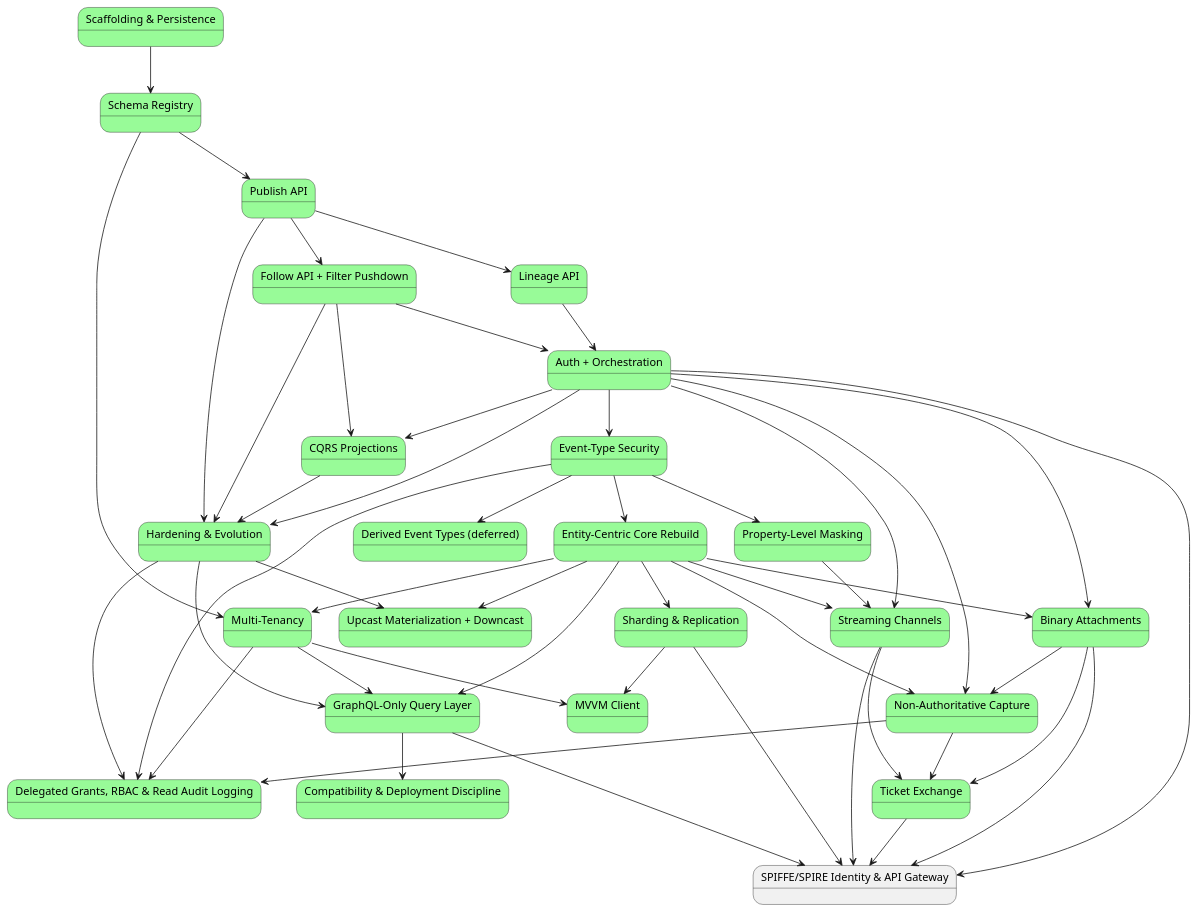
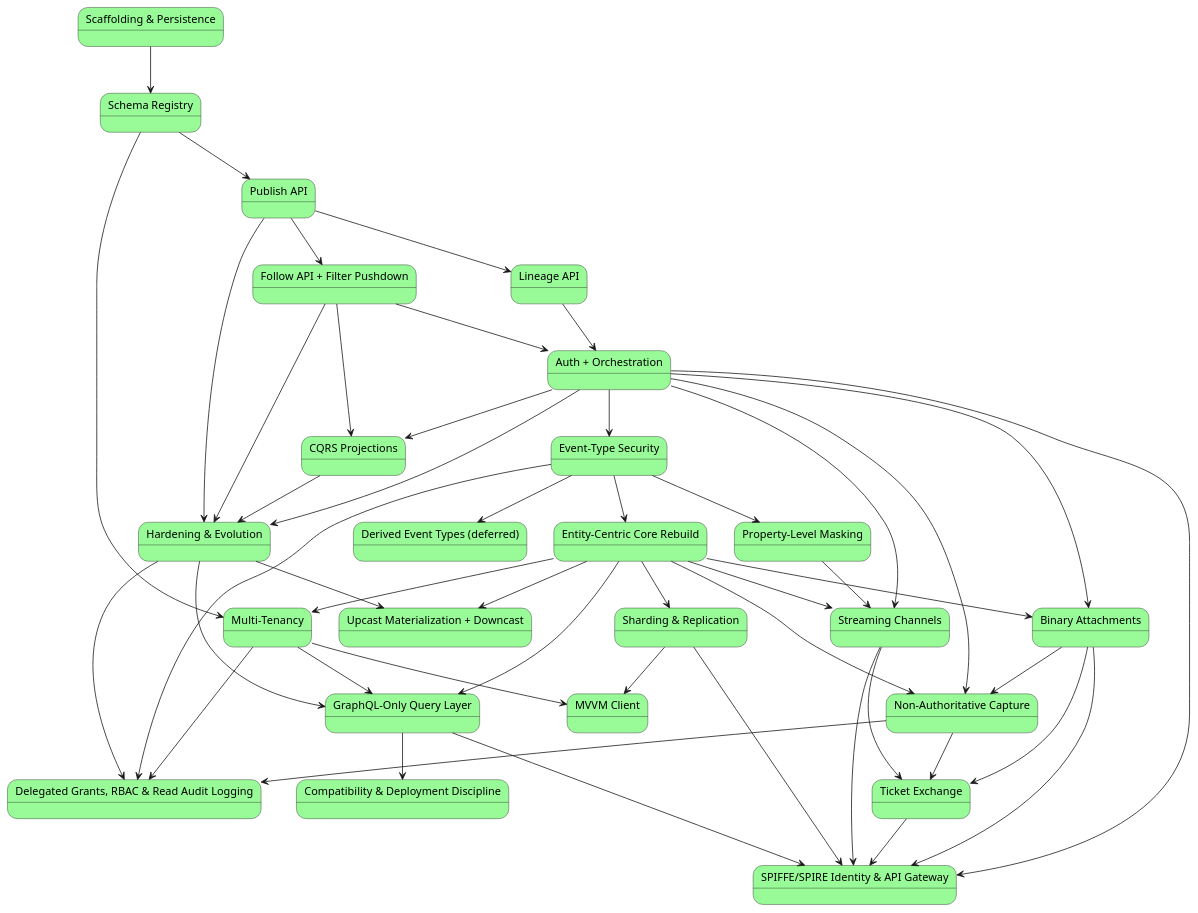
Before and after one commit to Mwwhited-BookLearning/EventSourcing: the first of 2 diagrams in docs/08-build-plan.md, drawn with PlantUML. The commit also changed other lines of this file and 25 other files, not shown here.

First line of the commit message:
Build SPIFFE/SPIRE Service Identity & API Gateway (build-plan item 24)

````diff
--- a/docs/08-build-plan.md
+++ b/docs/08-build-plan.md
@@ -156,77 +156,77 @@
 ```plantuml
 @startuml BuildPlan_CorePhases
 state "Scaffolding & Persistence" as p0 #palegreen
 state "Schema Registry" as p1 #palegreen
 state "Publish API" as p2 #palegreen
 state "Lineage API" as p3 #palegreen
 state "Follow API + Filter Pushdown" as p4 #palegreen
 state "Auth + Orchestration" as p5 #palegreen
 state "Event-Type Security" as p6 #palegreen
 state "Derived Event Types (deferred)" as p7 #palegreen
 state "Property-Level Masking" as p8 #palegreen
 state "CQRS Projections" as p9 #palegreen
 state "Hardening & Evolution" as p10 #palegreen
 state "Entity-Centric Core Rebuild" as p11 #palegreen
 state "Multi-Tenancy" as p12 #palegreen
 state "Upcast Materialization + Downcast" as p13 #palegreen
 state "Streaming Channels" as p14 #palegreen
 state "Binary Attachments" as p15 #palegreen
 state "Sharding & Replication" as p16 #palegreen
 state "Non-Authoritative Capture" as p17 #palegreen
 state "GraphQL-Only Query Layer" as p18 #palegreen
 state "Compatibility & Deployment Discipline" as p19 #palegreen
 state "MVVM Client" as p20 #palegreen
 state "Ticket Exchange" as p21 #palegreen
 state "Delegated Grants, RBAC & Read Audit Logging" as p22 #palegreen
-state "SPIFFE/SPIRE Identity & API Gateway" as p23
+state "SPIFFE/SPIRE Identity & API Gateway" as p23 #palegreen
 
 p0 --> p1
 p1 --> p2
 p2 --> p3
 p2 --> p4
 p3 --> p5
 p4 --> p5
 p5 --> p6
 p6 --> p7
 p6 --> p8
 p4 --> p9
 p5 --> p9
 p5 --> p10
 p2 --> p10
 p4 --> p10
 p9 --> p10
 p6 --> p11
 p1 --> p12
 p11 --> p12
 p10 --> p13
 p11 --> p13
 p5 --> p14
 p11 --> p14
 p8 --> p14
 p5 --> p15
 p11 --> p15
 p11 --> p16
 p11 --> p17
 p5 --> p17
 p15 --> p17
 p11 --> p18
 p12 --> p18
 p10 --> p18
 p18 --> p19
 p12 --> p20
 p16 --> p20
 p14 --> p21
 p15 --> p21
 p17 --> p21
 p17 --> p22
 p6 --> p22
 p12 --> p22
 p10 --> p22
 p5 --> p23
 p16 --> p23
 p14 --> p23
 p15 --> p23
 p18 --> p23
 p21 --> p23
 @enduml
 ```
````
